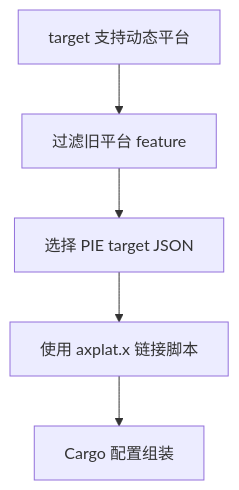
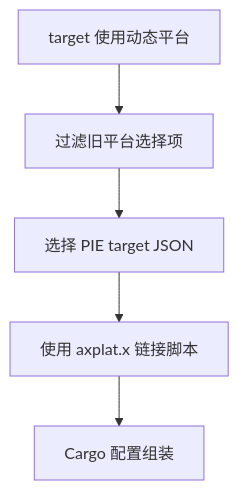
One commit to rcore-os/tgoskits changed the fifth of 6 diagrams in docs/docs/build/build.md. Above: the diagram before and after it, drawn with Mermaid. The commit also changed other lines of this file and 25 other files, not shown here.

````diff
--- a/docs/docs/build/build.md
+++ b/docs/docs/build/build.md
@@ -167,7 +167,7 @@
 ```mermaid
 flowchart TD
-    A["target 支持动态平台"] --> B["过滤旧平台 feature"]
+    A["target 使用动态平台"] --> B["过滤旧平台选择项"]
     B --> C["选择 PIE target JSON"]
     C --> D["使用 axplat.x 链接脚本"]
     D --> E["Cargo 配置组装"]
 ```
````
